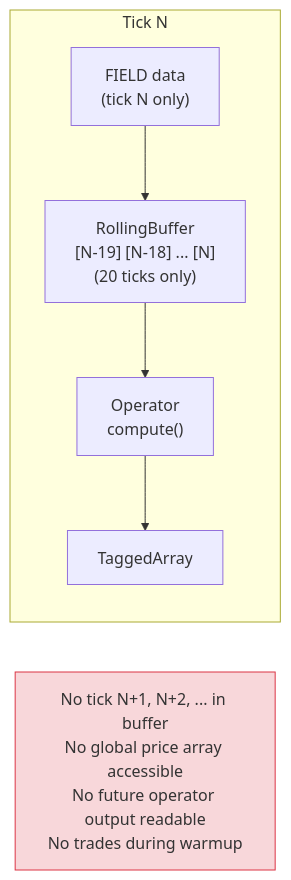
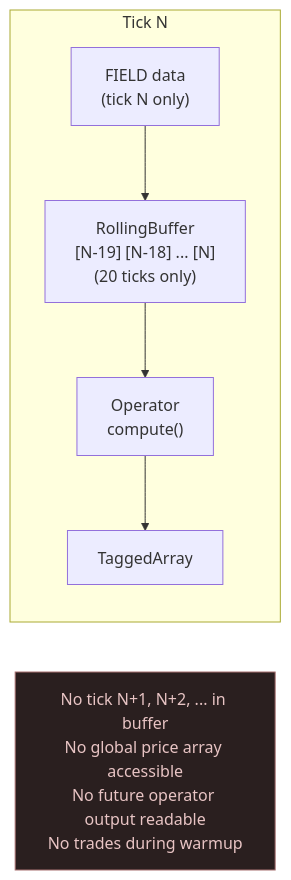
The third of 3 diagrams in backtesting/lookahead-bias-prevention.mdx (Clypt/docs), drawn with Mermaid before and after one commit. The commit also changed other lines of this file and 12 other files, not shown here.

````diff
--- a/backtesting/lookahead-bias-prevention.mdx
+++ b/backtesting/lookahead-bias-prevention.mdx
@@ -142,10 +142,10 @@
 ```mermaid
 flowchart LR
     subgraph TN["Tick N"]
         FD["FIELD data<br>(tick N only)"] --> RB["RollingBuffer<br>[N-19] [N-18] ... [N]<br>(20 ticks only)"]
         RB --> OP["Operator<br>compute()"]
         OP --> TA["TaggedArray"]
     end
     NF["No tick N+1, N+2, ... in buffer<br>No global price array accessible<br>No future operator output readable<br>No trades during warmup"]
-    style NF fill:#f8d7da,stroke:#dc3545
+    style NF fill:#2a1f1f,stroke:#a87171,color:#e8c4c4
 ```
````
